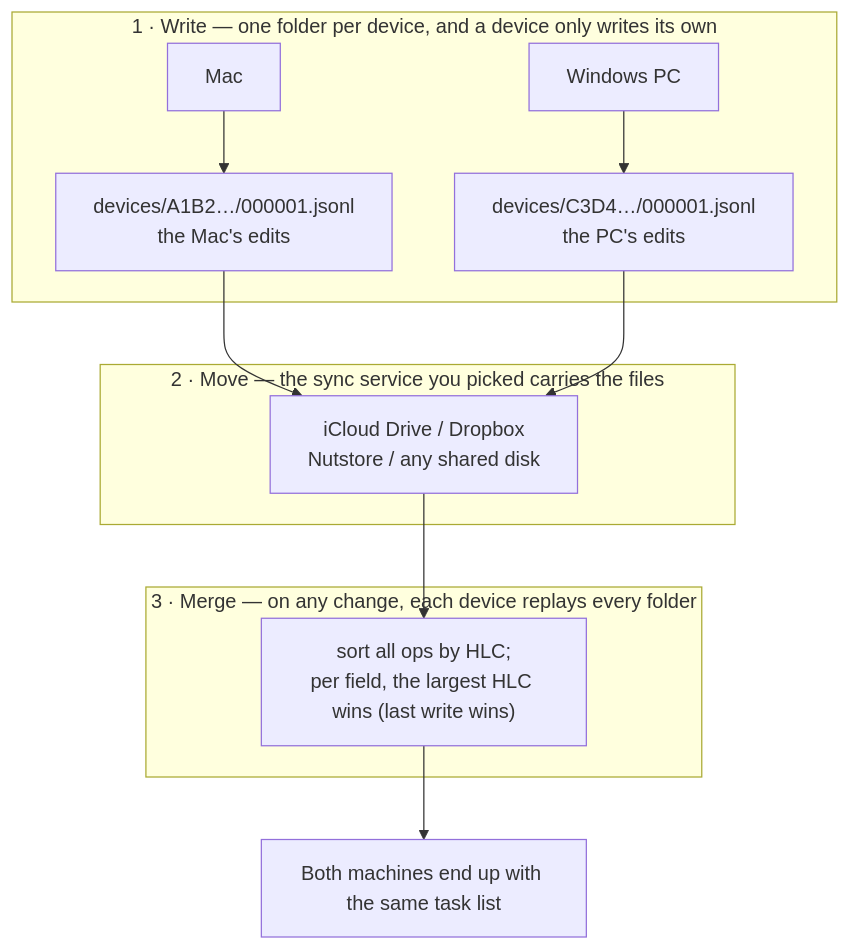
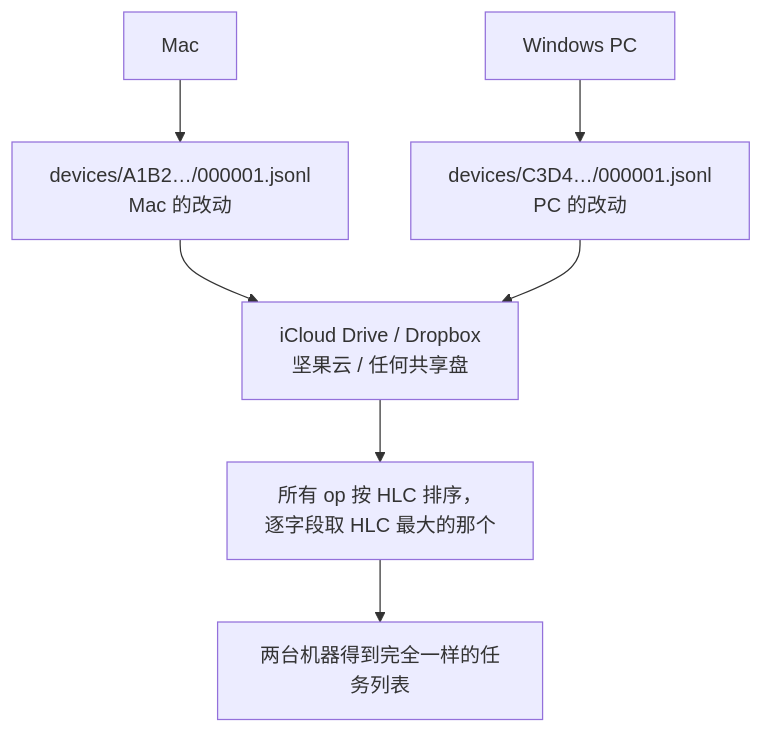
Before and after one commit to yaodongen/kapibala: the diagram in README.zh.md, drawn with Mermaid. The commit also changed other lines of this file and 19 other files, not shown here.

Commit message:
docs: README 重做成落地页（顶图 + 10 秒真机 GIF + 对比表 + 下载 CTA + star 引导），中英各一，截图按当前版本重截，版本号 1.12.7

````diff
--- a/README.zh.md
+++ b/README.zh.md
@@ -75,17 +150,9 @@
 ```mermaid
 flowchart TD
-    subgraph W["1 · Write — one folder per device, and a device only writes its own"]
-        MA["Mac"] --> FA["devices/A1B2…/000001.jsonl<br/>the Mac's edits"]
-        MB["Windows PC"] --> FB["devices/C3D4…/000001.jsonl<br/>the PC's edits"]
-    end
-    subgraph T["2 · Move — the sync service you picked carries the files"]
-        SY["iCloud Drive / Dropbox<br/>Nutstore / any shared disk"]
-    end
-    subgraph R["3 · Merge — on any change, each device replays every folder"]
-        MG["sort all ops by HLC;<br/>per field, the largest HLC wins (last write wins)"]
-    end
-    FA --> SY
+    MA["Mac"] --> FA["devices/A1B2…/000001.jsonl<br/>Mac 的改动"]
+    MB["Windows PC"] --> FB["devices/C3D4…/000001.jsonl<br/>PC 的改动"]
+    FA --> SY["iCloud Drive / Dropbox<br/>坚果云 / 任何共享盘"]
     FB --> SY
-    SY --> MG
-    MG --> UI["Both machines end up with the same task list"]
+    SY --> MG["所有 op 按 HLC 排序，<br/>逐字段取 HLC 最大的那个"]
+    MG --> UI["两台机器得到完全一样的任务列表"]
 ```
````
